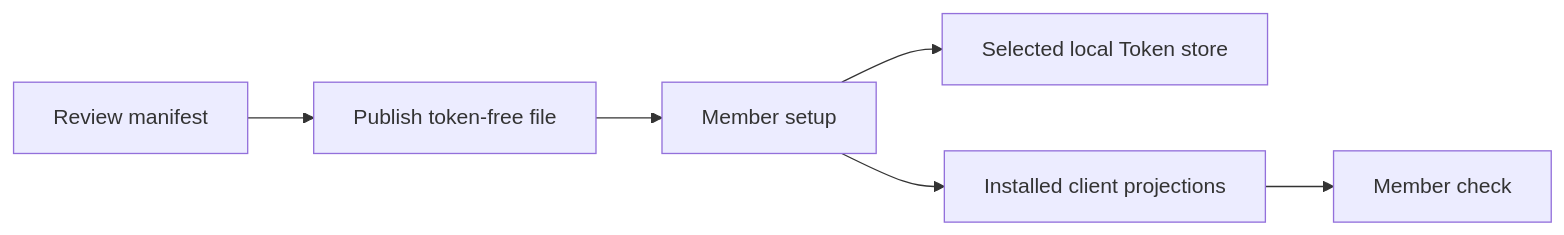
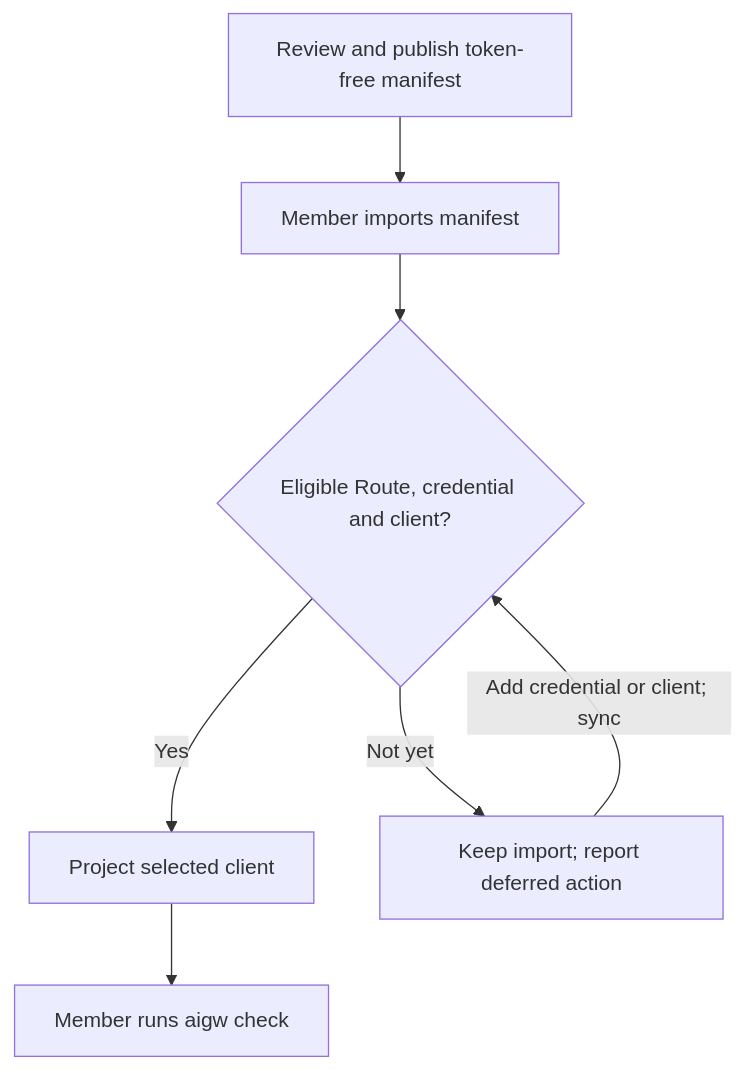
The diagram in docs/guides/team-rollout.md (HengYangDS/aigw-cli), drawn with Mermaid before and after one commit. The commit also changed other lines of this file and 526 other files, not shown here.

````diff
--- a/docs/guides/team-rollout.md
+++ b/docs/guides/team-rollout.md
@@ -6,8 +6,11 @@
 ```mermaid
-flowchart LR
-    R["Review manifest"] --> P["Publish token-free file"]
-    P --> S["Member setup"]
-    S --> K["Selected local Token store"]
-    S --> C["Installed client projections"]
-    C --> V["Member check"]
+flowchart TB
+    accTitle: Team setup supports deferred credentials and clients
+    accDescr: A maintainer publishes public configuration. A member imports it, then activates an eligible client when credentials and the client are available; otherwise setup records a continuation.
+    R["Review and publish token-free manifest"] --> S["Member imports manifest"]
+    S --> E{"Eligible Route, credential and client?"}
+    E -->|Yes| C["Project selected client"]
+    C --> V["Member runs aigw check"]
+    E -->|Not yet| D["Keep import; report deferred action"]
+    D -->|Add credential or client; sync| E
 ```
````
